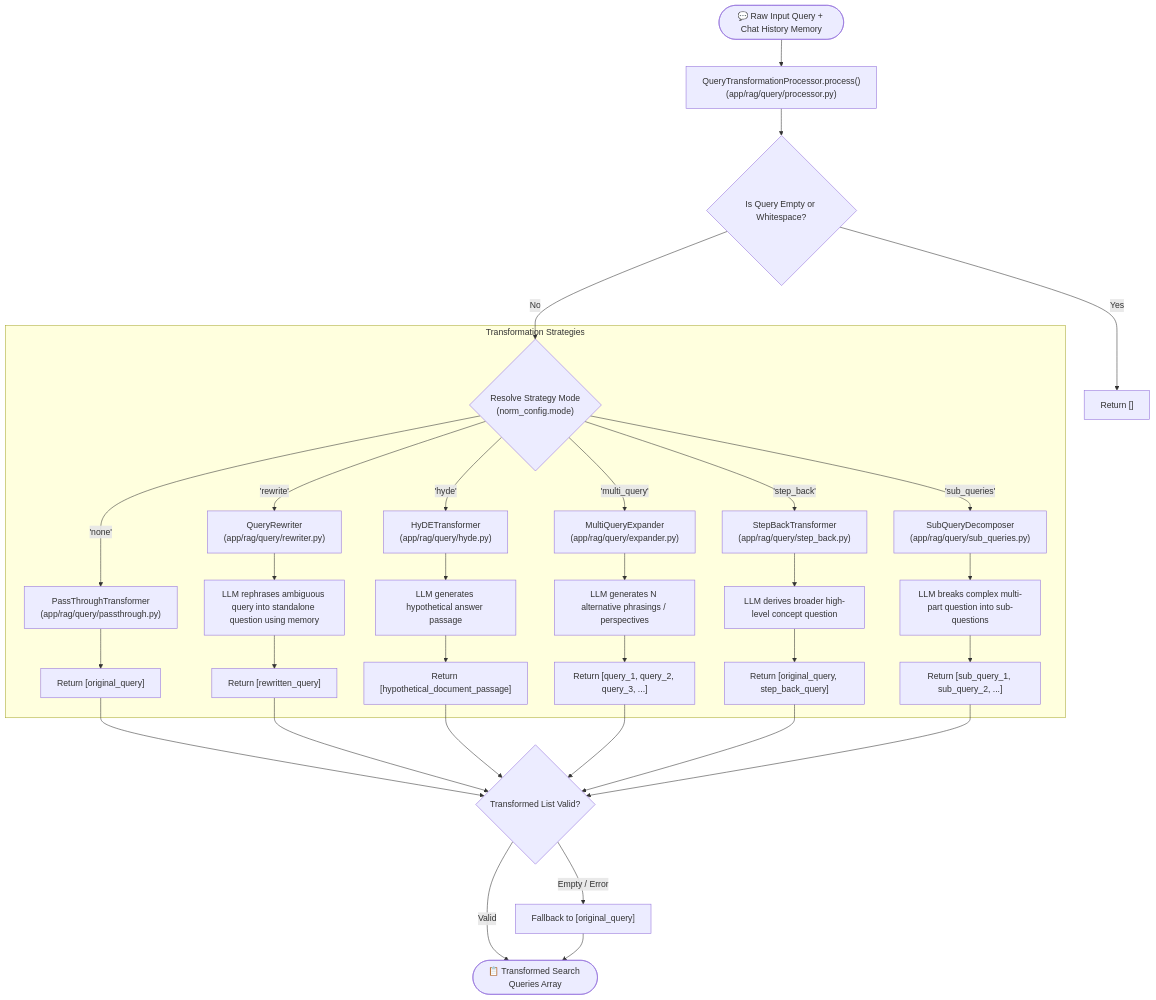
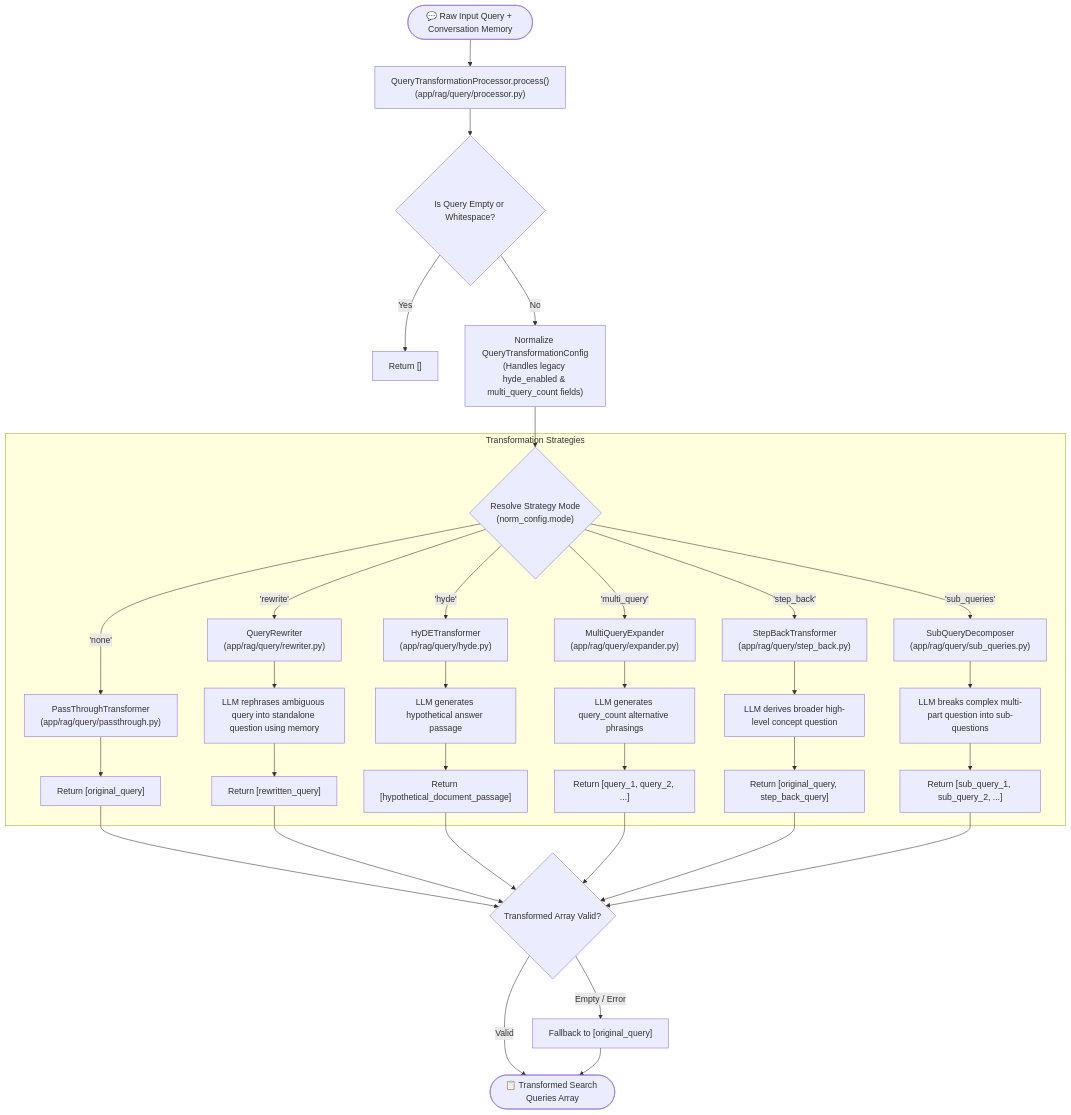
Before and after one commit to RahulSinghkarakoti/rag-labproject-backend: the diagram in flow/query_transformation_pipeline.md, drawn with Mermaid. The commit also changed other lines of this file and 129 other files, not shown here.

First line of the commit message:
Refactor query transformation and retrieval pipelines for improved clarity and performance

````diff
--- a/flow/query_transformation_pipeline.md
+++ b/flow/query_transformation_pipeline.md
@@ -9,44 +9,45 @@
 ```mermaid
 flowchart TD
-    RawQuery(["💬 Raw Input Query + Chat History Memory"]) --> Processor["QueryTransformationProcessor.process()<br/>(app/rag/query/processor.py)"]
-    
+    RawQuery(["💬 Raw Input Query + Conversation Memory"]) --> Processor["QueryTransformationProcessor.process()<br/>(app/rag/query/processor.py)"]
+
     Processor --> CheckEmpty{"Is Query Empty or Whitespace?"}
     CheckEmpty -->|Yes| EmptyReturn["Return []"]
-    
-    CheckEmpty -->|No| ModeResolve{"Resolve Strategy Mode<br/>(norm_config.mode)"}
-    
+
+    CheckEmpty -->|No| NormalizeConfig["Normalize QueryTransformationConfig<br/>(Handles legacy hyde_enabled & multi_query_count fields)"]
+    NormalizeConfig --> ModeResolve{"Resolve Strategy Mode<br/>(norm_config.mode)"}
+
     subgraph Strategies ["Transformation Strategies"]
         ModeResolve -->|'none'| PassThrough["PassThroughTransformer<br/>(app/rag/query/passthrough.py)"]
         PassThrough --> ReturnRaw["Return [original_query]"]
-        
+
         ModeResolve -->|'rewrite'| Rewriter["QueryRewriter<br/>(app/rag/query/rewriter.py)"]
         Rewriter --> LLMRewrite["LLM rephrases ambiguous query into standalone question using memory"]
         LLMRewrite --> ReturnRewrite["Return [rewritten_query]"]
-        
+
         ModeResolve -->|'hyde'| HyDE["HyDETransformer<br/>(app/rag/query/hyde.py)"]
         HyDE --> LLMHyDE["LLM generates hypothetical answer passage"]
         LLMHyDE --> ReturnHyDE["Return [hypothetical_document_passage]"]
-        
+
         ModeResolve -->|'multi_query'| Expander["MultiQueryExpander<br/>(app/rag/query/expander.py)"]
-        Expander --> LLMExpand["LLM generates N alternative phrasings / perspectives"]
-        LLMExpand --> ReturnMulti["Return [query_1, query_2, query_3, ...]"]
-        
+        Expander --> LLMExpand["LLM generates query_count alternative phrasings"]
+        LLMExpand --> ReturnMulti["Return [query_1, query_2, ...]"]
+
         ModeResolve -->|'step_back'| StepBack["StepBackTransformer<br/>(app/rag/query/step_back.py)"]
         StepBack --> LLMStepBack["LLM derives broader high-level concept question"]
         LLMStepBack --> ReturnStepBack["Return [original_query, step_back_query]"]
-        
+
         ModeResolve -->|'sub_queries'| Decomposer["SubQueryDecomposer<br/>(app/rag/query/sub_queries.py)"]
         Decomposer --> LLMDecompose["LLM breaks complex multi-part question into sub-questions"]
         LLMDecompose --> ReturnSub["Return [sub_query_1, sub_query_2, ...]"]
     end
 
     ReturnRaw --> FallbackCheck
     ReturnRewrite --> FallbackCheck
     ReturnHyDE --> FallbackCheck
     ReturnMulti --> FallbackCheck
     ReturnStepBack --> FallbackCheck
     ReturnSub --> FallbackCheck
 
-    FallbackCheck{"Transformed List Valid?"} -->|Valid| Output(["📋 Transformed Search Queries Array"])
+    FallbackCheck{"Transformed Array Valid?"} -->|Valid| Output(["📋 Transformed Search Queries Array"])
     FallbackCheck -->|Empty / Error| FallbackRaw["Fallback to [original_query]"] --> Output
 ```
````
